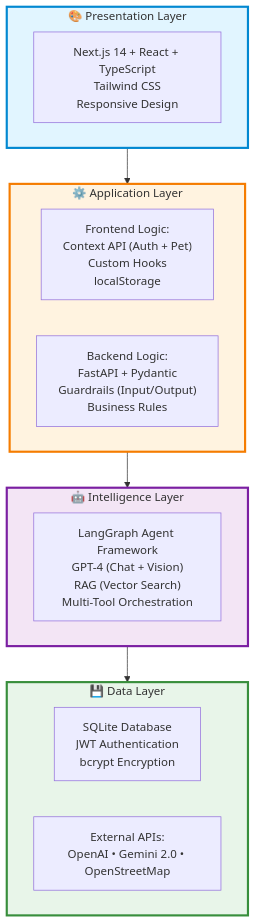
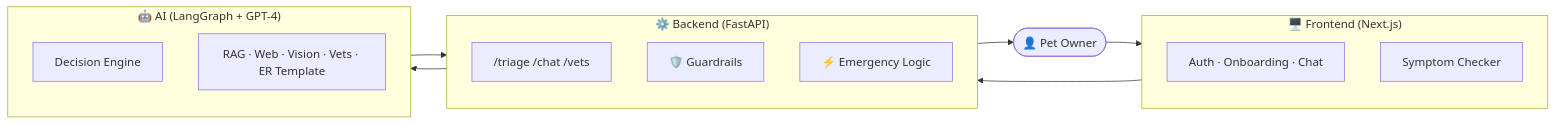
Before and after one commit to sjagannathan17/Fuzzy-Friend: the diagram in README.md, drawn with Mermaid. The commit also changed other lines of this file and 1 other file, not shown here.

````diff
--- a/README.md
+++ b/README.md
@@ -278,29 +37,19 @@
 ```mermaid
-graph TB
-    subgraph Presentation["🎨 Presentation Layer"]
-        UI["Next.js 14 + React + TypeScript<br/>Tailwind CSS<br/>Responsive Design"]
+graph LR
+    User([👤 Pet Owner])
+    subgraph Frontend["🖥️ Frontend (Next.js)"]
+        Pages["Auth · Onboarding · Chat"]
+        Chatbot["Symptom Checker"]
     end
-    
-    subgraph Application["⚙️ Application Layer"]
-        FE["Frontend Logic:<br/>Context API (Auth + Pet)<br/>Custom Hooks<br/>localStorage"]
-        BE["Backend Logic:<br/>FastAPI + Pydantic<br/>Guardrails (Input/Output)<br/>Business Rules"]
+    subgraph Backend["⚙️ Backend (FastAPI)"]
+        API["/triage /chat /vets"]
+        Guards["🛡️ Guardrails"]
+        Logic["⚡ Emergency Logic"]
     end
-    
-    subgraph Intelligence["🤖 Intelligence Layer"]
-        AI["LangGraph Agent Framework<br/>GPT-4 (Chat + Vision)<br/>RAG (Vector Search)<br/>Multi-Tool Orchestration"]
+    subgraph AI["🤖 AI (LangGraph + GPT-4)"]
+        Agent["Decision Engine"]
+        Tools["RAG · Web · Vision · Vets · ER Template"]
     end
-    
-    subgraph DataLayer["💾 Data Layer"]
-        DB["SQLite Database<br/>JWT Authentication<br/>bcrypt Encryption"]
-        APIs["External APIs:<br/>OpenAI • Gemini 2.0 • OpenStreetMap"]
-    end
-    
-    Presentation --> Application
-    Application --> Intelligence
-    Intelligence --> DataLayer
-    
-    style Presentation fill:#e1f5ff,stroke:#0288d1,stroke-width:3px
-    style Application fill:#fff3e0,stroke:#f57c00,stroke-width:3px
-    style Intelligence fill:#f3e5f5,stroke:#7b1fa2,stroke-width:3px
-    style DataLayer fill:#e8f5e9,stroke:#388e3c,stroke-width:3px
+    User --> Frontend --> Backend --> AI
+    AI --> Backend --> User
 ```
````
